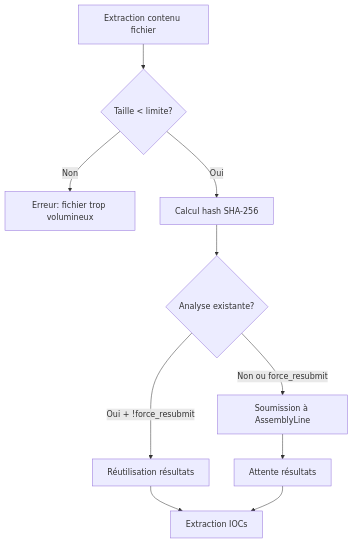
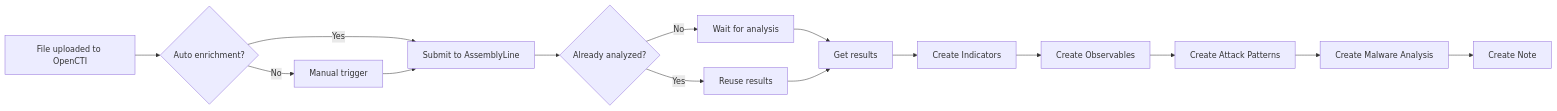
The diagram in Readme.md (V1D1AN/connector-assemblyline), drawn with Mermaid before and after one commit. The commit also changed other lines of this file and 18 other files, not shown here.

````diff
--- a/Readme.md
+++ b/Readme.md
@@ -179,12 +185,17 @@
 ```mermaid
-graph TD
-    A[Extraction contenu fichier] --> B{Taille < limite?}
-    B -->|Non| C[Erreur: fichier trop volumineux]
-    B -->|Oui| D[Calcul hash SHA-256]
-    D --> E{Analyse existante?}
-    E -->|Oui + !force_resubmit| F[Réutilisation résultats]
-    E -->|Non ou force_resubmit| G[Soumission à AssemblyLine]
-    F --> H[Extraction IOCs]
-    G --> I[Attente résultats]
-    I --> H
+graph LR
+    A[File uploaded to OpenCTI] --> B{Auto enrichment?}
+    B -->|Yes| C[Submit to AssemblyLine]
+    B -->|No| D[Manual trigger]
+    D --> C
+    C --> E{Already analyzed?}
+    E -->|Yes| F[Reuse results]
+    E -->|No| G[Wait for analysis]
+    G --> H[Get results]
+    F --> H
+    H --> I[Create Indicators]
+    I --> J[Create Observables]
+    J --> K[Create Attack Patterns]
+    K --> L[Create Malware Analysis]
+    L --> M[Create Note]
 ```
````
